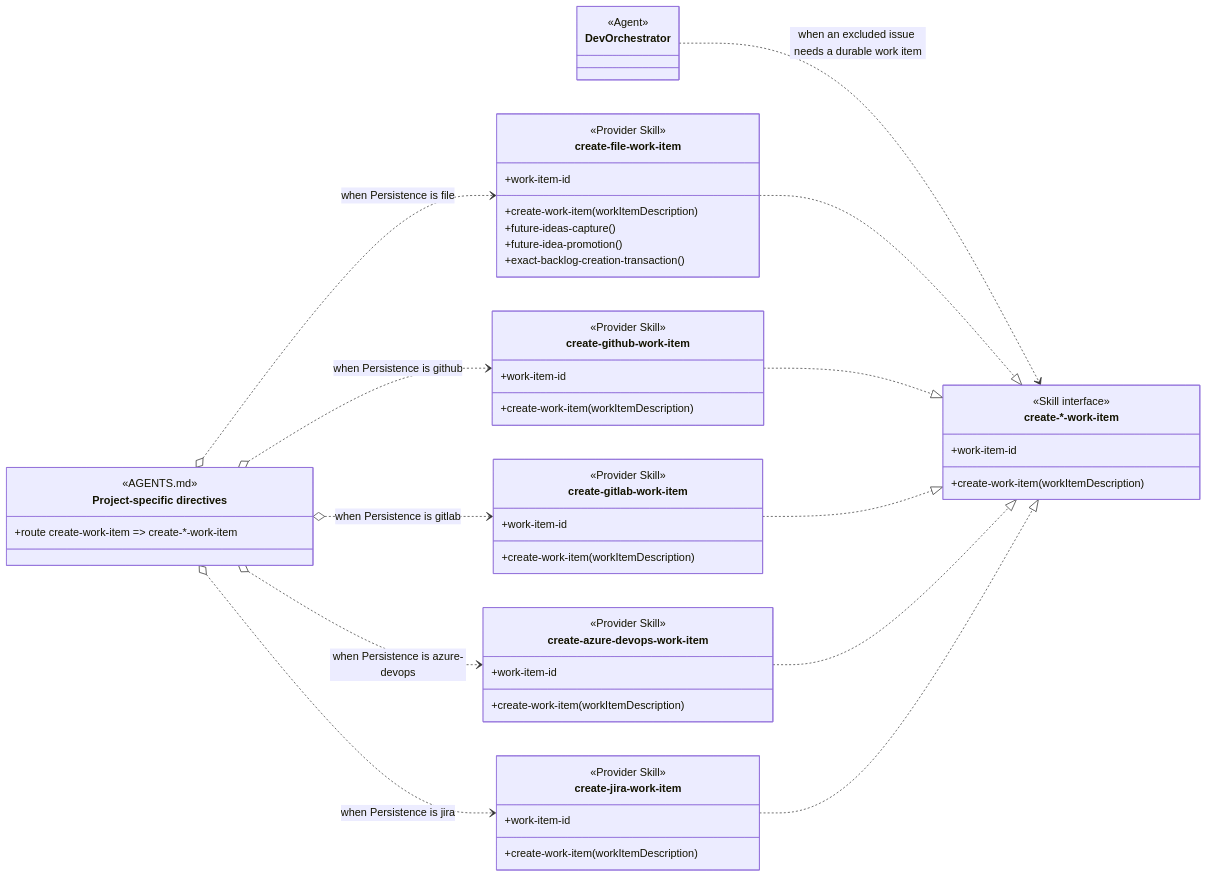
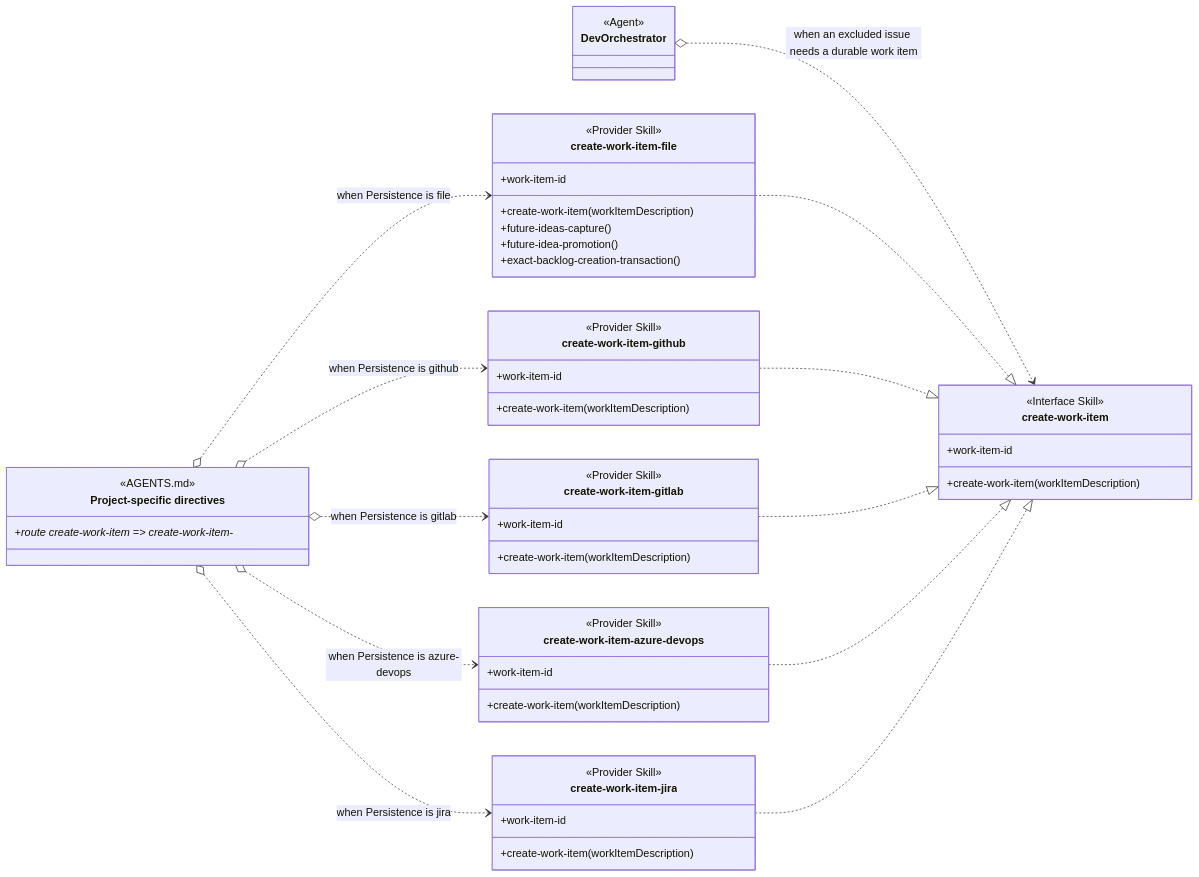
One commit to martinbechard/dev-methodology changed the second of 5 diagrams in design/skill-groups/backlog-management.md. Above: the diagram before and after it, drawn with Mermaid. The commit also changed other lines of this file and 49 other files, not shown here.

First line of the commit message:
Align work-item creation provider names

````diff
--- a/design/skill-groups/backlog-management.md
+++ b/design/skill-groups/backlog-management.md
@@ -61,58 +61,58 @@
 ```mermaid
 classDiagram
     direction LR
 
     class DevOrchestrator {
         <<Agent>>
     }
-    class CreateWorkItem["create-*-work-item"] {
-        <<Skill interface>>
+    class CreateWorkItem["create-work-item"] {
+        <<Interface Skill>>
         +work-item-id
         +create-work-item(workItemDescription)
     }
     class ProjectSpecificDirectives["Project-specific directives"] {
         <<AGENTS.md>>
         <<routing>>
-        +route create-work-item => create-*-work-item
+        +route create-work-item => create-work-item-*
     }
-    class create-file-work-item {
+    class create-work-item-file {
         <<Provider Skill>>
         +work-item-id
         +create-work-item(workItemDescription)
         +future-ideas-capture()
         +future-idea-promotion()
         +exact-backlog-creation-transaction()
     }
-    class create-github-work-item {
+    class create-work-item-github {
         <<Provider Skill>>
         +work-item-id
         +create-work-item(workItemDescription)
     }
-    class create-gitlab-work-item {
+    class create-work-item-gitlab {
         <<Provider Skill>>
         +work-item-id
         +create-work-item(workItemDescription)
     }
-    class create-azure-devops-work-item {
+    class create-work-item-azure-devops {
         <<Provider Skill>>
         +work-item-id
         +create-work-item(workItemDescription)
     }
-    class create-jira-work-item {
+    class create-work-item-jira {
         <<Provider Skill>>
         +work-item-id
         +create-work-item(workItemDescription)
     }
 
-    DevOrchestrator ..> CreateWorkItem : when an excluded issue needs a durable work item
-    ProjectSpecificDirectives o..> create-file-work-item : when Persistence is file
-    ProjectSpecificDirectives o..> create-github-work-item : when Persistence is github
-    ProjectSpecificDirectives o..> create-gitlab-work-item : when Persistence is gitlab
-    ProjectSpecificDirectives o..> create-azure-devops-work-item : when Persistence is azure-devops
-    ProjectSpecificDirectives o..> create-jira-work-item : when Persistence is jira
-    create-file-work-item ..|> CreateWorkItem
-    create-github-work-item ..|> CreateWorkItem
-    create-gitlab-work-item ..|> CreateWorkItem
-    create-azure-devops-work-item ..|> CreateWorkItem
-    create-jira-work-item ..|> CreateWorkItem
+    DevOrchestrator o..> CreateWorkItem : when an excluded issue needs a durable work item
+    ProjectSpecificDirectives o..> create-work-item-file : when Persistence is file
+    ProjectSpecificDirectives o..> create-work-item-github : when Persistence is github
+    ProjectSpecificDirectives o..> create-work-item-gitlab : when Persistence is gitlab
+    ProjectSpecificDirectives o..> create-work-item-azure-devops : when Persistence is azure-devops
+    ProjectSpecificDirectives o..> create-work-item-jira : when Persistence is jira
+    create-work-item-file ..|> CreateWorkItem
+    create-work-item-github ..|> CreateWorkItem
+    create-work-item-gitlab ..|> CreateWorkItem
+    create-work-item-azure-devops ..|> CreateWorkItem
+    create-work-item-jira ..|> CreateWorkItem
 ```
````
